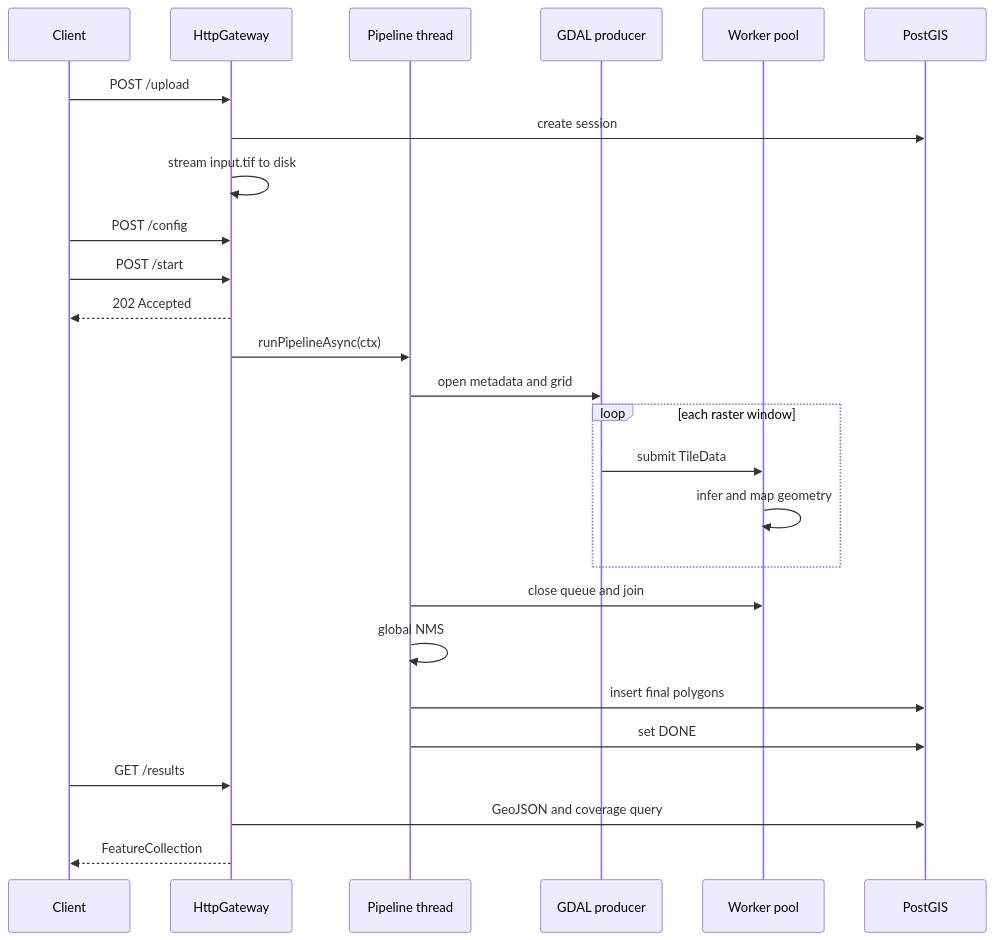
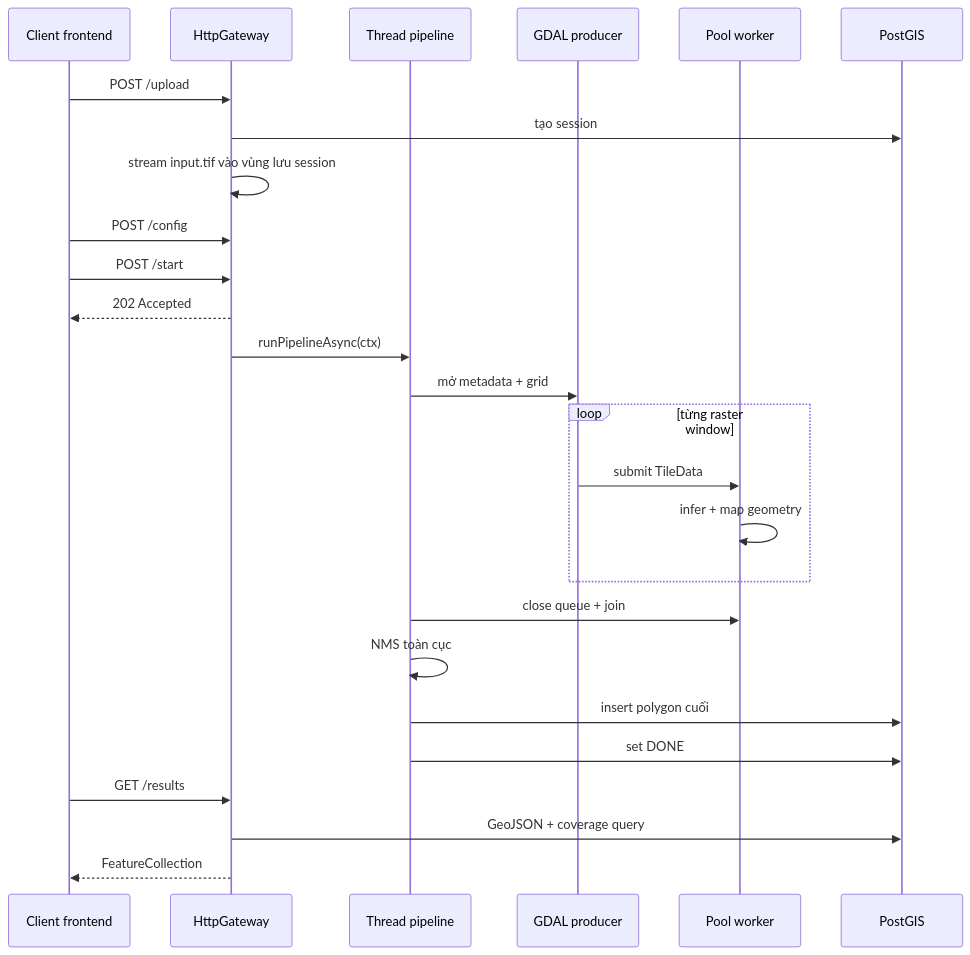
One commit to Dinhthuy2k5/remote-sensing-pipeline changed the first of 2 diagrams in docs/PIPELINE.md. Above: the diagram before and after it, drawn with Mermaid. The commit also changed other lines of this file and 5 other files, not shown here.

````diff
--- a/docs/PIPELINE.md
+++ b/docs/PIPELINE.md
@@ -9,29 +9,29 @@
 ```mermaid
 sequenceDiagram
-    participant UI as Client
+    participant UI as Client frontend
     participant API as HttpGateway
-    participant P as Pipeline thread
+    participant P as Thread pipeline
     participant G as GDAL producer
-    participant W as Worker pool
+    participant W as Pool worker
     participant DB as PostGIS
 
     UI->>API: POST /upload
-    API->>DB: create session
-    API->>API: stream input.tif to disk
+    API->>DB: tạo session
+    API->>API: stream input.tif vào vùng lưu session
     UI->>API: POST /config
     UI->>API: POST /start
     API-->>UI: 202 Accepted
     API->>P: runPipelineAsync(ctx)
-    P->>G: open metadata and grid
-    loop each raster window
+    P->>G: mở metadata + grid
+    loop từng raster window
         G->>W: submit TileData
-        W->>W: infer and map geometry
+        W->>W: infer + map geometry
     end
-    P->>W: close queue and join
-    P->>P: global NMS
-    P->>DB: insert final polygons
+    P->>W: close queue + join
+    P->>P: NMS toàn cục
+    P->>DB: insert polygon cuối
     P->>DB: set DONE
     UI->>API: GET /results
-    API->>DB: GeoJSON and coverage query
+    API->>DB: GeoJSON + coverage query
     API-->>UI: FeatureCollection
 ```
````
